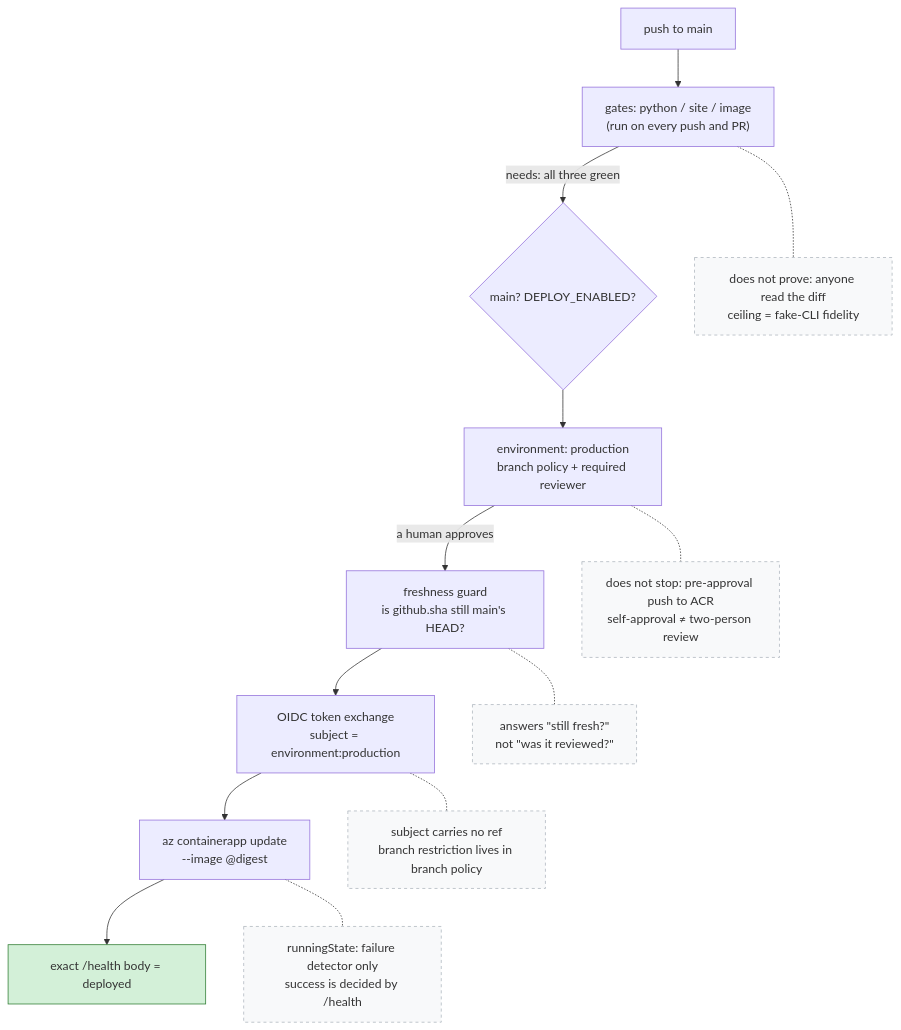
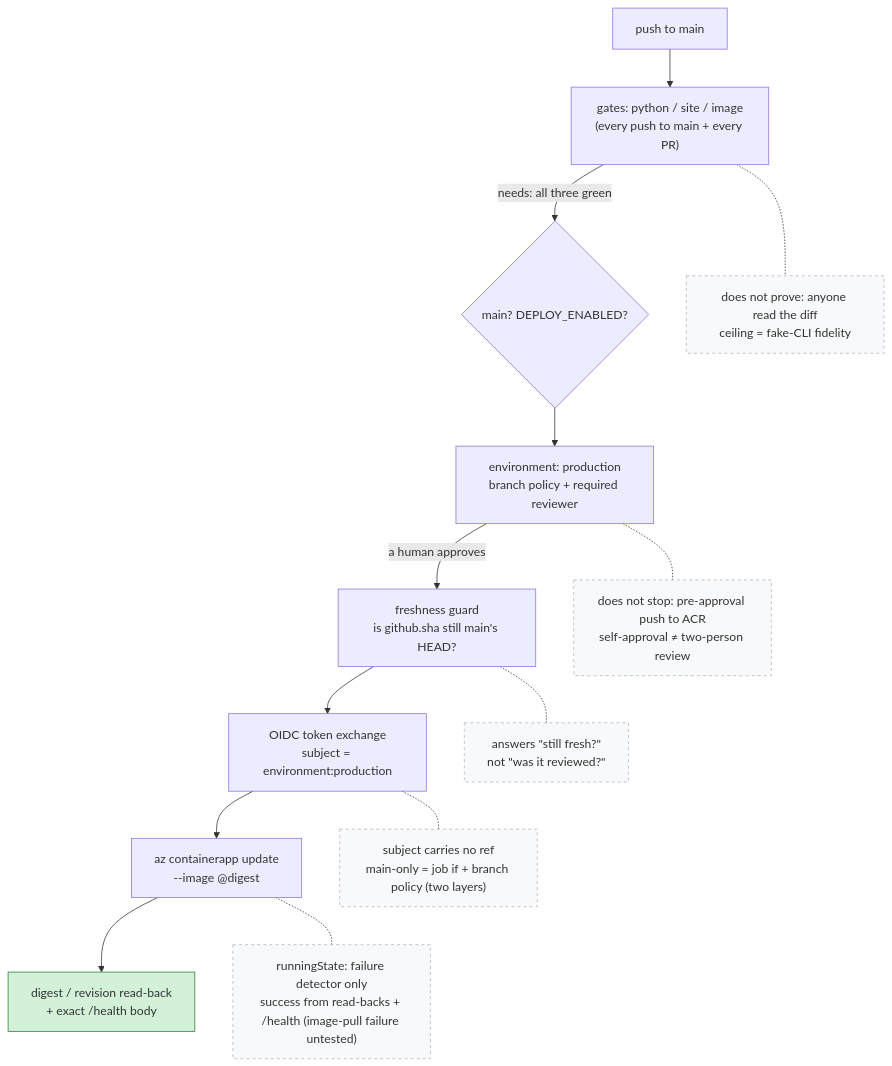
The diagram in docs/diagrams/cicd-defense-boundaries.md (kehao-playground/azure-genai-backend-lab), drawn with Mermaid before and after one commit. The commit also changed other lines of this file and 3 other files, not shown here.

````diff
--- a/docs/diagrams/cicd-defense-boundaries.md
+++ b/docs/diagrams/cicd-defense-boundaries.md
@@ -23,23 +26,23 @@
 ```mermaid
 flowchart TD
-    P["push to main"] --> G["gates: python / site / image<br/>(run on every push and PR)"]
+    P["push to main"] --> G["gates: python / site / image<br/>(every push to main + every PR)"]
     G -->|"needs: all three green"| Q{"main? DEPLOY_ENABLED?"}
     Q --> E["environment: production<br/>branch policy + required reviewer"]
     E -->|"a human approves"| F["freshness guard<br/>is github.sha still main's HEAD?"]
     F --> O["OIDC token exchange<br/>subject = environment:production"]
     O --> D["az containerapp update<br/>--image @digest"]
-    D --> H["exact /health body = deployed"]
+    D --> H["digest / revision read-back<br/>+ exact /health body"]
 
     G -.- gN["does not prove: anyone read the diff<br/>ceiling = fake-CLI fidelity"]
     E -.- eN["does not stop: pre-approval push to ACR<br/>self-approval &ne; two-person review"]
     F -.- fN["answers &quot;still fresh?&quot;<br/>not &quot;was it reviewed?&quot;"]
-    O -.- oN["subject carries no ref<br/>branch restriction lives in branch policy"]
-    D -.- dN["runningState: failure detector only<br/>success is decided by /health"]
+    O -.- oN["subject carries no ref<br/>main-only = job if + branch policy (two layers)"]
+    D -.- dN["runningState: failure detector only<br/>success from read-backs + /health (image-pull failure untested)"]
 
     style H fill:#d3f0d8,stroke:#2e7d32
     style gN fill:#f8f9fa,stroke:#adb5bd,stroke-dasharray:4
     style eN fill:#f8f9fa,stroke:#adb5bd,stroke-dasharray:4
     style fN fill:#f8f9fa,stroke:#adb5bd,stroke-dasharray:4
     style oN fill:#f8f9fa,stroke:#adb5bd,stroke-dasharray:4
     style dN fill:#f8f9fa,stroke:#adb5bd,stroke-dasharray:4
 ```
````
